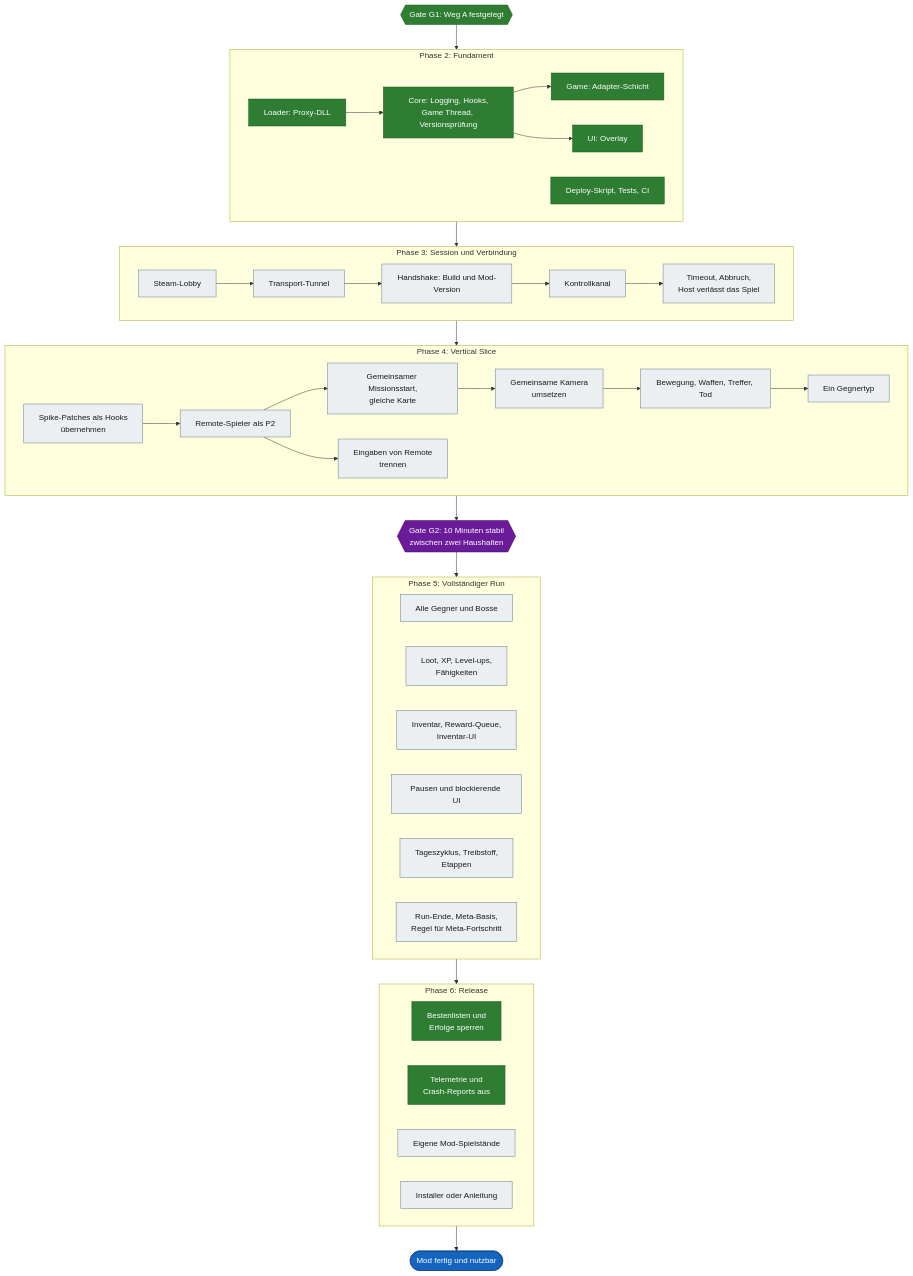
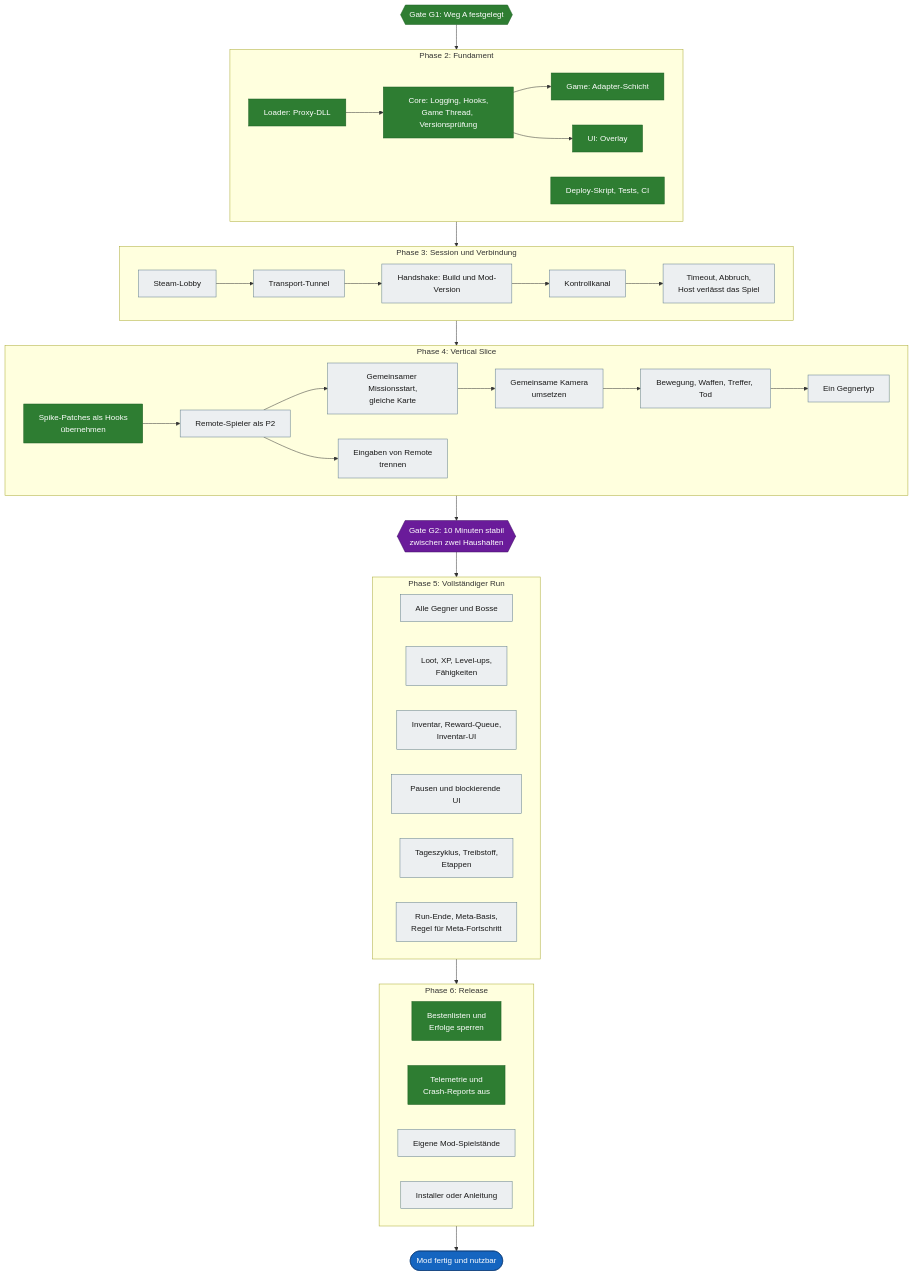
One commit to VitaminStack/Deadly-Days-Roadtrip-Multiplayer-Mod changed the third of 4 diagrams in docs/ROADMAP.md. Above: the diagram before and after it, drawn with Mermaid. The commit also changed other lines of this file and 33 other files, not shown here.

First line of the commit message:
patches: Spielfehler-Fixes des Spikes als geprüfte Patches in src/Game (#84)

````diff
--- a/docs/ROADMAP.md
+++ b/docs/ROADMAP.md
@@ -152,63 +154,63 @@
 ```mermaid
 flowchart TD
     G1{{"Gate G1: Weg A festgelegt"}}:::done
 
     subgraph PH2["Phase 2: Fundament"]
         L["Loader: Proxy-DLL"]:::done
         C["Core: Logging, Hooks,<br/>Game Thread, Versionsprüfung"]:::done
         GA["Game: Adapter-Schicht"]:::done
         U["UI: Overlay"]:::done
         W["Deploy-Skript, Tests, CI"]:::done
         L --> C --> GA
         C --> U
     end
 
     subgraph PH3["Phase 3: Session und Verbindung"]
         LO["Steam-Lobby"]:::open
         TN["Transport-Tunnel"]:::open
         HS["Handshake: Build und Mod-Version"]:::open
         FE["Timeout, Abbruch,<br/>Host verlässt das Spiel"]:::open
         KK["Kontrollkanal"]:::open
         LO --> TN --> HS --> KK --> FE
     end
 
     subgraph PH4["Phase 4: Vertical Slice"]
-        SH["Spike-Patches als Hooks<br/>übernehmen"]:::open
+        SH["Spike-Patches als Hooks<br/>übernehmen"]:::done
         R2["Remote-Spieler als P2"]:::open
         MS["Gemeinsamer Missionsstart,<br/>gleiche Karte"]:::open
         KM["Gemeinsame Kamera<br/>umsetzen"]:::open
         KA["Bewegung, Waffen, Treffer, Tod"]:::open
         GT["Ein Gegnertyp"]:::open
         EI["Eingaben von Remote<br/>trennen"]:::open
         SH --> R2 --> MS --> KM --> KA --> GT
         R2 --> EI
     end
 
     G2{{"Gate G2: 10 Minuten stabil<br/>zwischen zwei Haushalten"}}:::gate
 
     subgraph PH5["Phase 5: Vollständiger Run"]
         GE["Alle Gegner und Bosse"]:::open
         XP["Loot, XP, Level-ups,<br/>Fähigkeiten"]:::open
         IV["Inventar, Reward-Queue,<br/>Inventar-UI"]:::open
         PU["Pausen und blockierende UI"]:::open
         TG["Tageszyklus, Treibstoff,<br/>Etappen"]:::open
         ME["Run-Ende, Meta-Basis,<br/>Regel für Meta-Fortschritt"]:::open
     end
 
     subgraph PH6["Phase 6: Release"]
         SB["Bestenlisten und<br/>Erfolge sperren"]:::done
         TE["Telemetrie und<br/>Crash-Reports aus"]:::done
         SV["Eigene Mod-Spielstände"]:::open
         IN["Installer oder Anleitung"]:::open
     end
 
     Z(["Mod fertig und nutzbar"]):::goal
 
     G1 --> PH2 --> PH3 --> PH4 --> G2 --> PH5 --> PH6 --> Z
 
     classDef done fill:#2e7d32,stroke:#1b5e20,color:#ffffff
     classDef wip fill:#f9a825,stroke:#b27a00,color:#1a1a1a
     classDef open fill:#eceff1,stroke:#607d8b,color:#1a1a1a
     classDef gate fill:#6a1b9a,stroke:#3e1163,color:#ffffff
     classDef goal fill:#1565c0,stroke:#0d3c78,color:#ffffff
 ```
````
